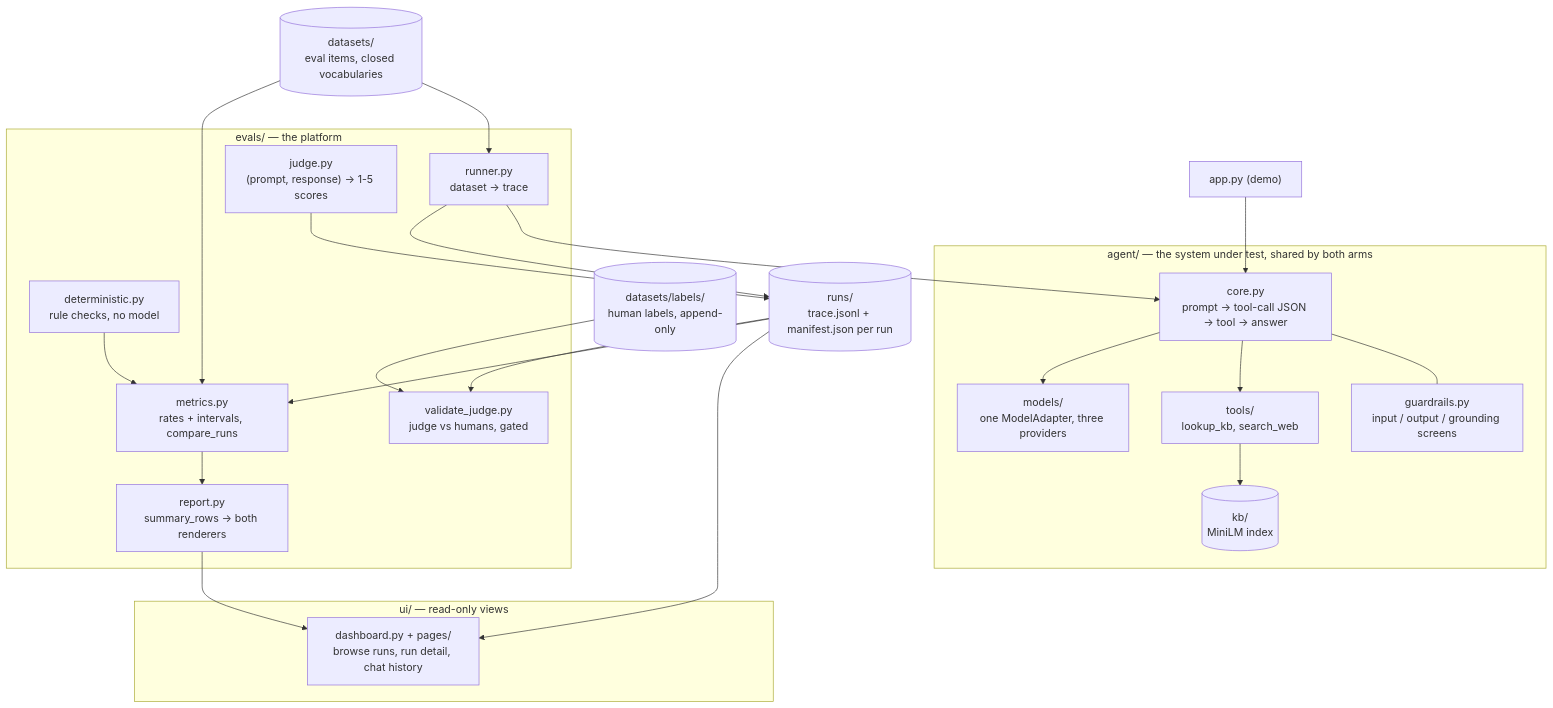
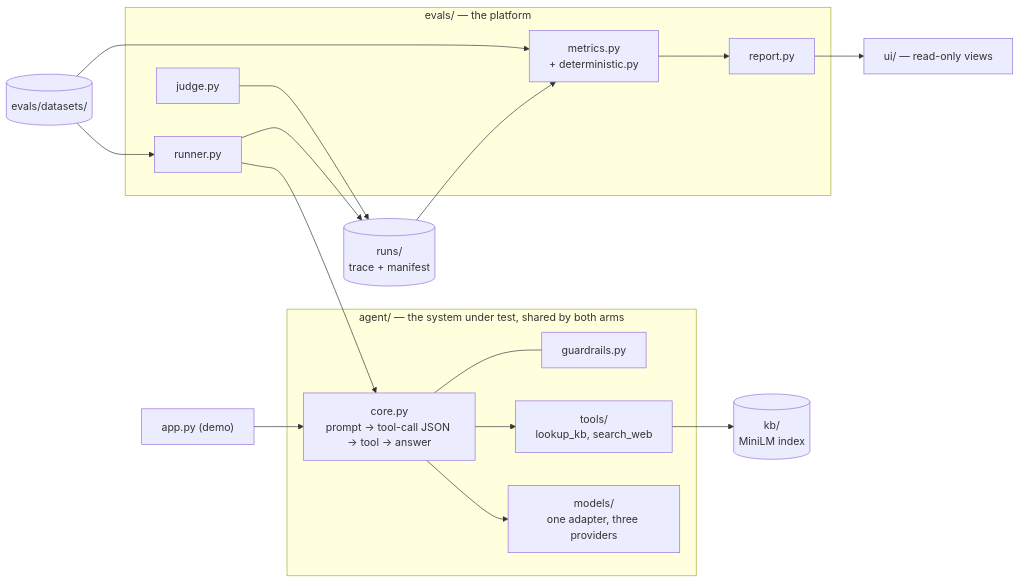
One commit to Abhinav-sudo/agentseval changed the diagram in README.md. Above: the diagram before and after it, drawn with Mermaid. The commit also changed other lines of this file and 24 other files, not shown here.

````diff
--- a/README.md
+++ b/README.md
@@ -322,45 +113,30 @@
 ```mermaid
-flowchart TB
+flowchart LR
   subgraph agent["agent/ — the system under test, shared by both arms"]
     core["core.py<br/>prompt → tool-call JSON → tool → answer"]
-    guard["guardrails.py<br/>input / output / grounding screens"]
+    guard["guardrails.py"]
     tools["tools/<br/>lookup_kb, search_web"]
-    kb[("kb/<br/>MiniLM index")]
-    models["models/<br/>one ModelAdapter, three providers"]
-    core --- guard
-    core --> tools --> kb
-    core --> models
+    models["models/<br/>one adapter, three providers"]
   end
+  subgraph evals["evals/ — the platform"]
+    runner["runner.py"]
+    judge["judge.py"]
+    metrics["metrics.py<br/>+ deterministic.py"]
+    report["report.py"]
+  end
+  data[("evals/datasets/")]
+  kb[("kb/<br/>MiniLM index")]
+  runs[("runs/<br/>trace + manifest")]
+  ui["ui/ — read-only views"]
+  app["app.py (demo)"]
 
-  subgraph evals["evals/ — the platform"]
-    runner["runner.py<br/>dataset → trace"]
-    judgemod["judge.py<br/>(prompt, response) → 1-5 scores"]
-    det["deterministic.py<br/>rule checks, no model"]
-    metrics["metrics.py<br/>rates + intervals, compare_runs"]
-    report["report.py<br/>summary_rows → both renderers"]
-    val["validate_judge.py<br/>judge vs humans, gated"]
-  end
-
-  subgraph ui["ui/ — read-only views"]
-    pages["dashboard.py + pages/<br/>browse runs, run detail, chat history"]
-  end
-
-  data[("datasets/<br/>eval items, closed vocabularies")]
-  runs[("runs/<br/>trace.jsonl + manifest.json per run")]
-  labels[("datasets/labels/<br/>human labels, append-only")]
-
-  data --> runner
-  runner --> core
+  core --- guard
+  core --> tools --> kb
+  core --> models
+  data --> runner --> core
   runner --> runs
-  judgemod --> runs
+  judge --> runs
+  runs --> metrics --> report --> ui
   data --> metrics
-  runs --> metrics
-  det --> metrics
-  labels --> val
-  runs --> val
-  metrics --> report
-  report --> pages
-  runs --> pages
-
-  app["app.py (demo)"] --> core
+  app --> core
 ```
````
